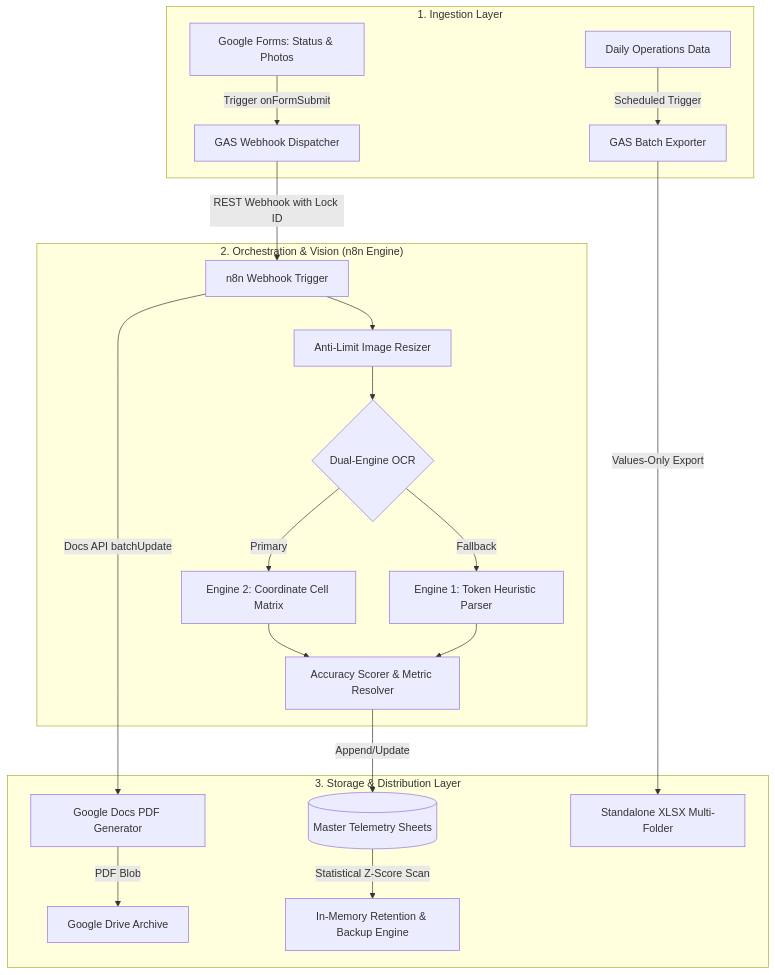
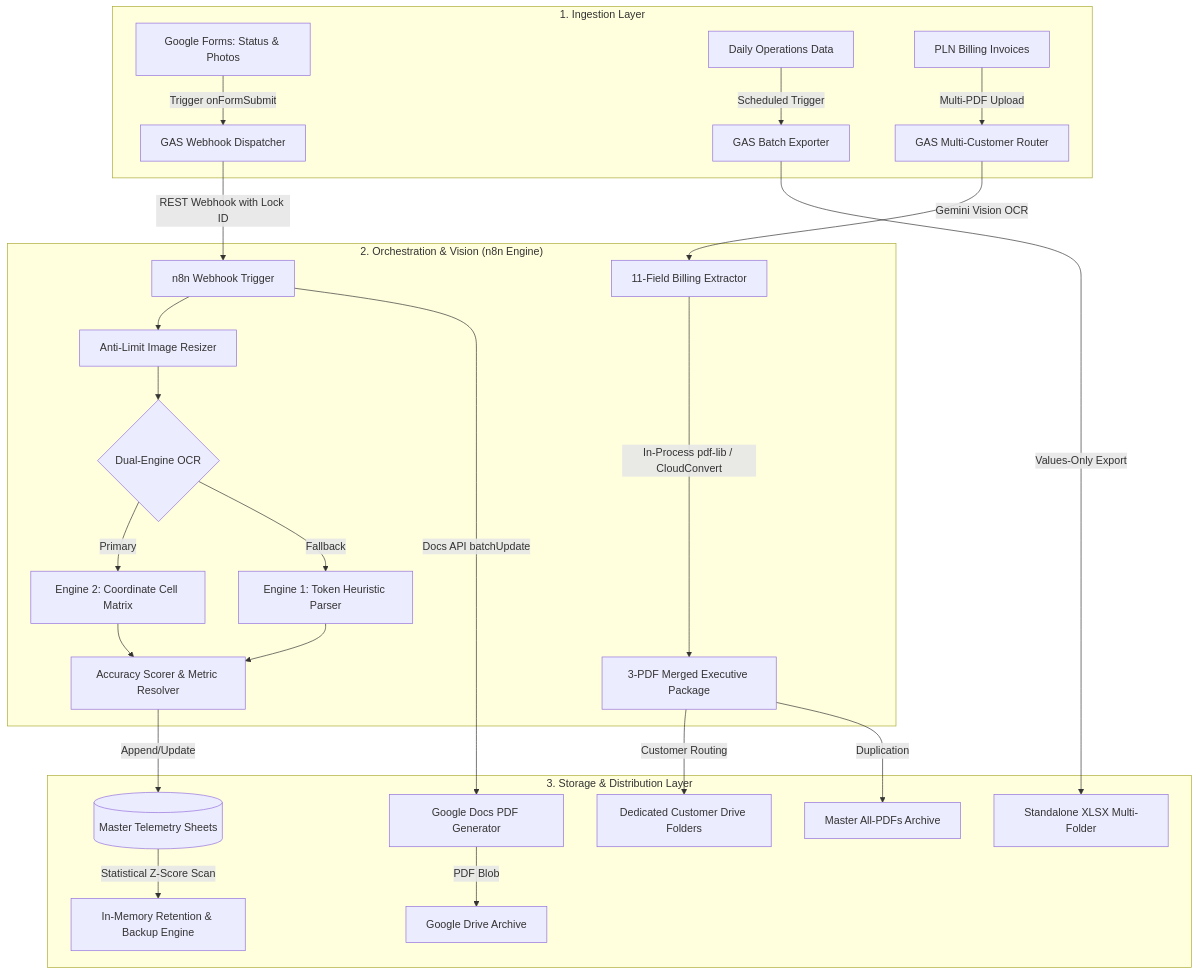
One commit to pandamanaaja/telemetry-workflow-automation changed the diagram in README.md. Above: the diagram before and after it, drawn with Mermaid. The commit also changed other lines of this file and 4 other files, not shown here.

Commit message:
feat(pln): update auto report engine v14.8 and add local pdf-lib merger workflow

````diff
--- a/README.md
+++ b/README.md
@@ -15,25 +15,30 @@
 ```mermaid
 flowchart TD
     subgraph Ingestion["1. Ingestion Layer"]
         A1[Google Forms: Status & Photos] -->|Trigger onFormSubmit| B1[GAS Webhook Dispatcher]
         A2[Daily Operations Data] -->|Scheduled Trigger| B2[GAS Batch Exporter]
+        A3[PLN Billing Invoices] -->|Multi-PDF Upload| B3[GAS Multi-Customer Router]
     end
 
     subgraph Processing["2. Orchestration & Vision (n8n Engine)"]
         B1 -->|REST Webhook with Lock ID| C1[n8n Webhook Trigger]
         C1 --> C2[Anti-Limit Image Resizer]
         C2 --> C3{Dual-Engine OCR}
         C3 -->|Primary| C4[Engine 2: Coordinate Cell Matrix]
         C3 -->|Fallback| C5[Engine 1: Token Heuristic Parser]
         C4 --> C6[Accuracy Scorer & Metric Resolver]
         C5 --> C6
+        B3 -->|Gemini Vision OCR| C7[11-Field Billing Extractor]
+        C7 -->|In-Process pdf-lib / CloudConvert| C8[3-PDF Merged Executive Package]
     end
 
     subgraph Output["3. Storage & Distribution Layer"]
         C6 -->|Append/Update| D1[(Master Telemetry Sheets)]
         C1 -->|Docs API batchUpdate| D2[Google Docs PDF Generator]
         D2 -->|PDF Blob| D3[Google Drive Archive]
         B2 -->|Values-Only Export| D4[Standalone XLSX Multi-Folder]
         D1 -->|Statistical Z-Score Scan| D5[In-Memory Retention & Backup Engine]
+        C8 -->|Customer Routing| D6[Dedicated Customer Drive Folders]
+        C8 -->|Duplication| D7[Master All-PDFs Archive]
     end
 ```
````
